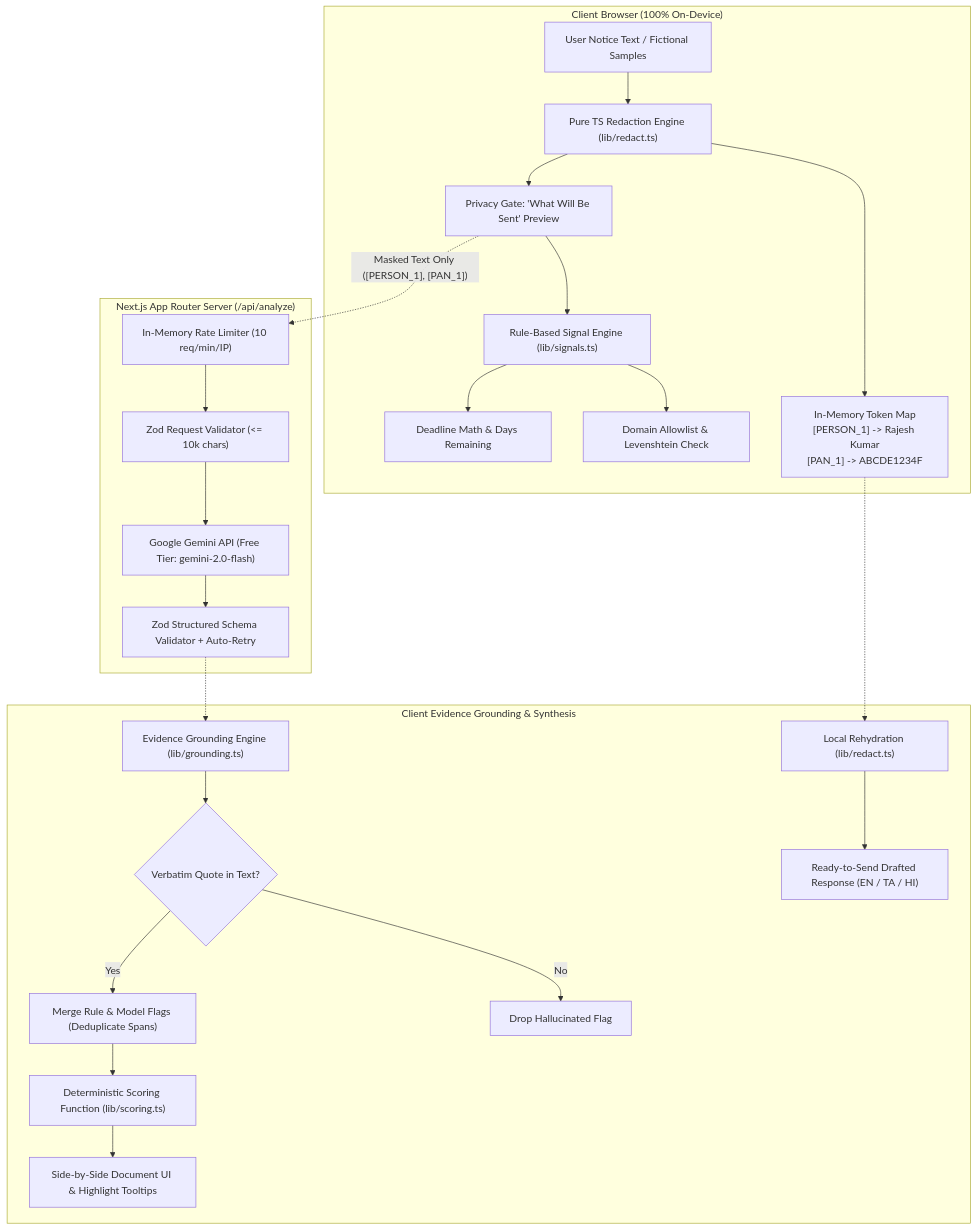
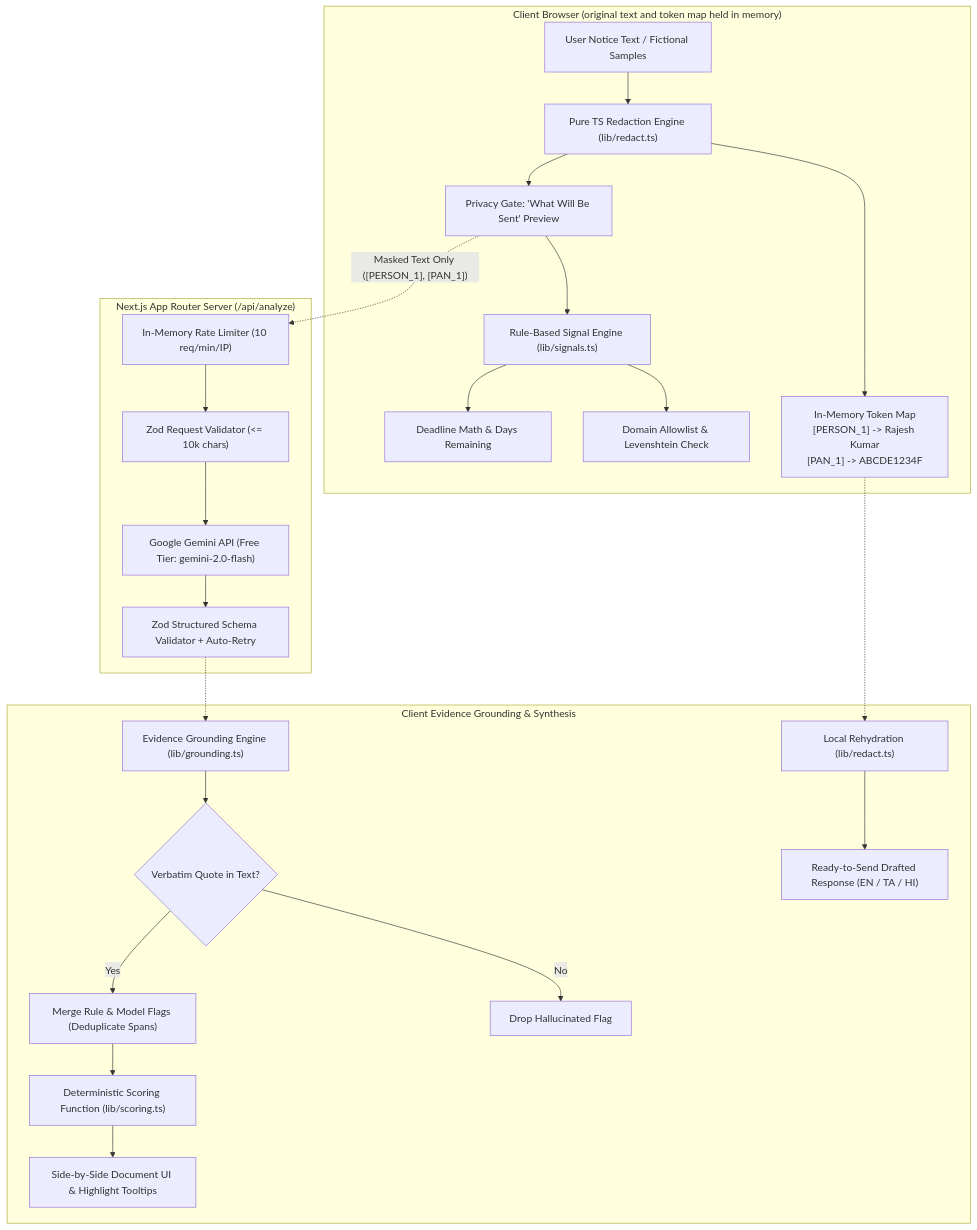
Before and after one commit to swetha-006/Notice_Decoder: the diagram in README.md, drawn with Mermaid. The commit also changed other lines of this file and 30 other files, not shown here.

````diff
--- a/README.md
+++ b/README.md
@@ -32,29 +32,29 @@
 ```mermaid
 flowchart TD
-    subgraph Browser ["Client Browser (100% On-Device)"]
+    subgraph Browser ["Client Browser (original text and token map held in memory)"]
         UserText["User Notice Text / Fictional Samples"] --> Redactor["Pure TS Redaction Engine (lib/redact.ts)"]
         Redactor --> TokenMap["In-Memory Token Map<br/>[PERSON_1] -> Rajesh Kumar<br/>[PAN_1] -> ABCDE1234F"]
         Redactor --> PrivacyGate["Privacy Gate: 'What Will Be Sent' Preview"]
         PrivacyGate --> LocalSignals["Rule-Based Signal Engine (lib/signals.ts)"]
         LocalSignals --> DomainCheck["Domain Allowlist & Levenshtein Check"]
         LocalSignals --> DeadlineMath["Deadline Math & Days Remaining"]
     end
 
     subgraph ServerRoute ["Next.js App Router Server (/api/analyze)"]
         PrivacyGate -.->|"Masked Text Only ([PERSON_1], [PAN_1])"| RateLimiter["In-Memory Rate Limiter (10 req/min/IP)"]
         RateLimiter --> ZodIn["Zod Request Validator (<= 10k chars)"]
         ZodIn --> GeminiAPI["Google Gemini API (Free Tier: gemini-2.0-flash)"]
         GeminiAPI --> ZodOut["Zod Structured Schema Validator + Auto-Retry"]
     end
 
     subgraph GroundingPipeline ["Client Evidence Grounding & Synthesis"]
         ZodOut -.-> Grounding["Evidence Grounding Engine (lib/grounding.ts)"]
         Grounding --> SubstringMatch{"Verbatim Quote in Text?"}
         SubstringMatch -- No --> DropFlag["Drop Hallucinated Flag"]
         SubstringMatch -- Yes --> MergeFlags["Merge Rule & Model Flags (Deduplicate Spans)"]
         MergeFlags --> Scoring["Deterministic Scoring Function (lib/scoring.ts)"]
         Scoring --> VerdictUI["Side-by-Side Document UI & Highlight Tooltips"]
         TokenMap -.-> Rehydrate["Local Rehydration (lib/redact.ts)"]
         Rehydrate --> DraftUI["Ready-to-Send Drafted Response (EN / TA / HI)"]
     end
 ```
````
